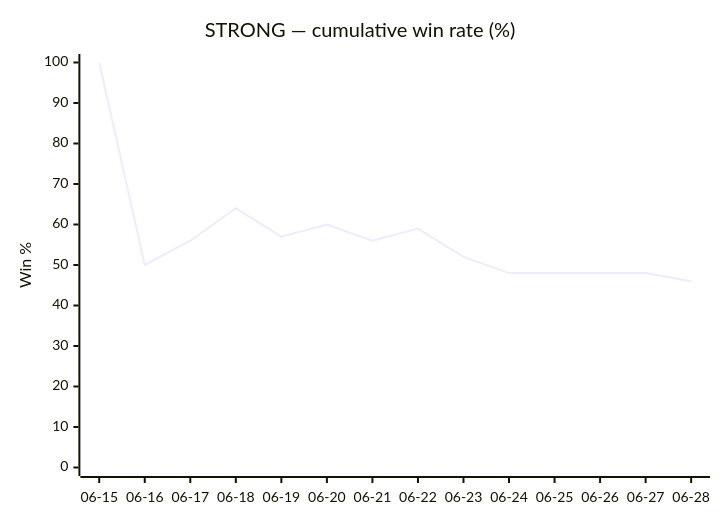
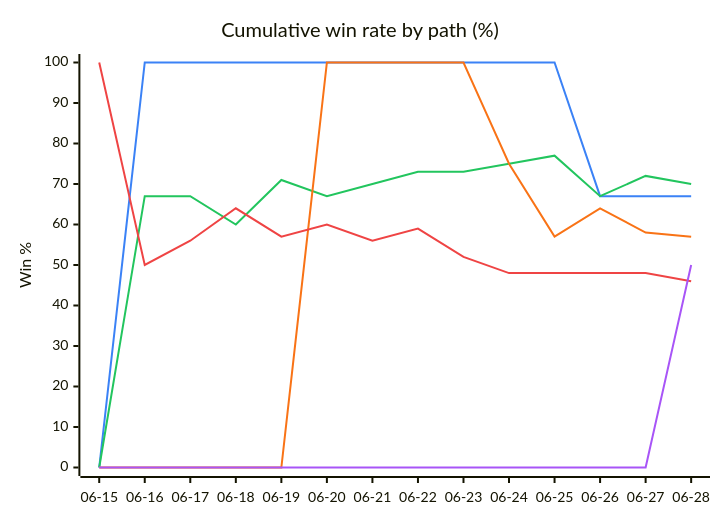
One commit to dpk1212/nhl-savant changed the second of 5 diagrams in DAILY_AGSU_REPORT.md. Above: the diagram before and after it, drawn with Mermaid. The commit also changed other lines of this file and 1 other file, not shown here.

First line of the commit message:
feat(agsu-report): §5b as two consolidated multi-line charts (PnL + win% per path)

````diff
--- a/DAILY_AGSU_REPORT.md
+++ b/DAILY_AGSU_REPORT.md
@@ -257,7 +208,12 @@
 ```mermaid
+%%{init: {"themeVariables": {"xyChart": {"plotColorPalette": "#3b82f6,#22c55e,#f97316,#ef4444,#a855f7"}}}}%%
 xychart-beta
-    title "STRONG — cumulative win rate (%)"
+    title "Cumulative win rate by path (%)"
     x-axis ["06-15", "06-16", "06-17", "06-18", "06-19", "06-20", "06-21", "06-22", "06-23", "06-24", "06-25", "06-26", "06-27", "06-28"]
     y-axis "Win %" 0 --> 100
+    line [0, 100, 100, 100, 100, 100, 100, 100, 100, 100, 100, 67, 67, 67]
+    line [0, 67, 67, 60, 71, 67, 70, 73, 73, 75, 77, 67, 72, 70]
+    line [0, 0, 0, 0, 0, 100, 100, 100, 100, 75, 57, 64, 58, 57]
     line [100, 50, 56, 64, 57, 60, 56, 59, 52, 48, 48, 48, 48, 46]
+    line [0, 0, 0, 0, 0, 0, 0, 0, 0, 0, 0, 0, 0, 50]
 ```
````
